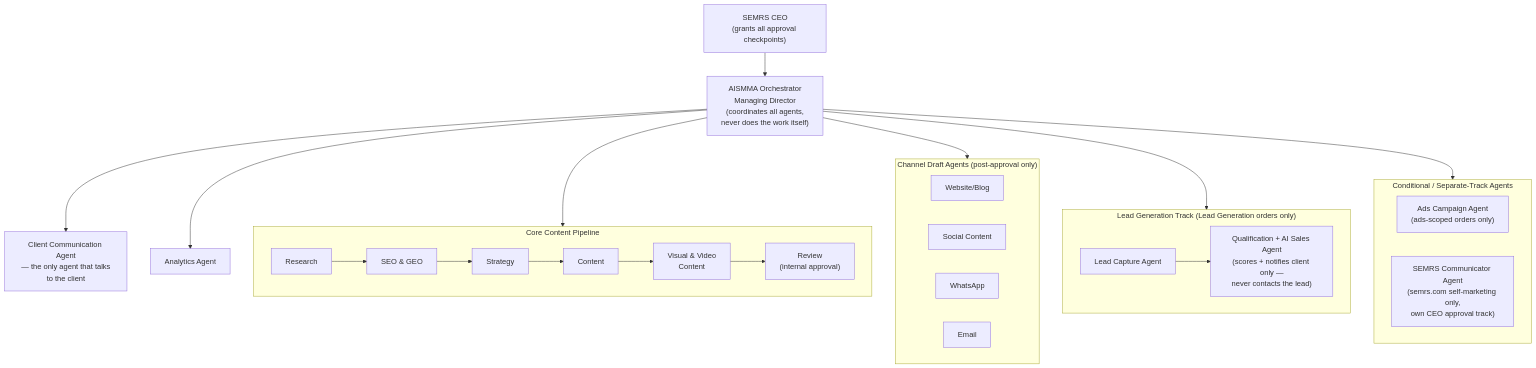
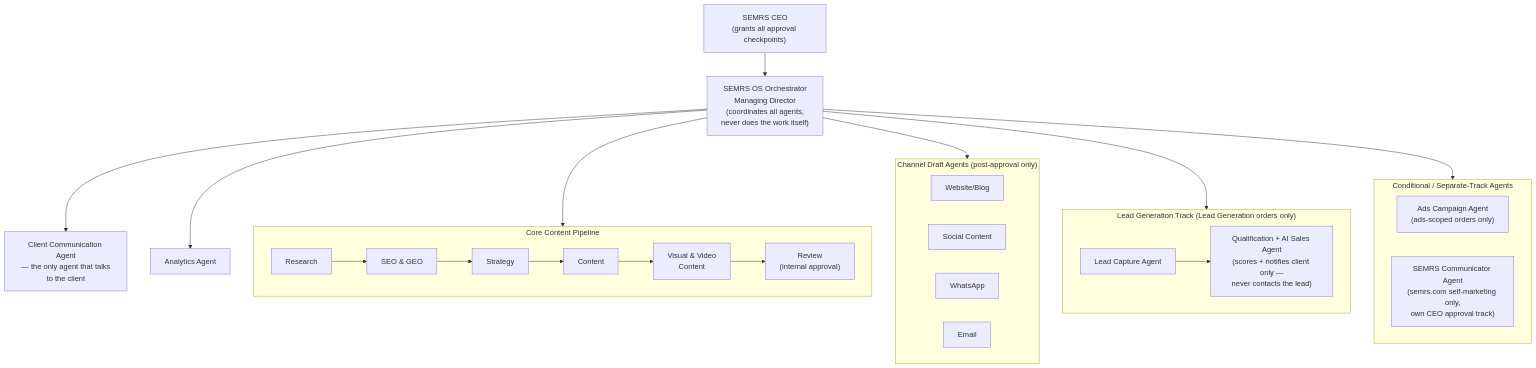
The first of 3 diagrams in CLAUDE.md (guestblogob-boop/SEMRS-MAM-System), drawn with Mermaid before and after one commit. The commit also changed other lines of this file and 5 other files, not shown here.

````diff
--- a/CLAUDE.md
+++ b/CLAUDE.md
@@ -984,38 +984,38 @@
 ```mermaid
 flowchart TD
     CEO["SEMRS CEO<br/>(grants all approval checkpoints)"]
-    ORCH["AISMMA Orchestrator<br/>Managing Director<br/>(coordinates all agents,<br/>never does the work itself)"]
+    ORCH["SEMRS OS Orchestrator<br/>Managing Director<br/>(coordinates all agents,<br/>never does the work itself)"]
     CEO --> ORCH
 
     ORCH --> CC["Client Communication Agent<br/>— the only agent that talks<br/>to the client"]
 
     subgraph PIPE["Core Content Pipeline"]
         direction LR
         RES["Research"] --> SEOG["SEO & GEO"] --> STRAT["Strategy"] --> CONT["Content"] --> VIS["Visual & Video<br/>Content"] --> REV["Review<br/>(internal approval)"]
     end
     ORCH --> PIPE
 
     subgraph DRAFT["Channel Draft Agents (post-approval only)"]
         direction LR
         WEB["Website/Blog"]
         SOC["Social Content"]
         WA["WhatsApp"]
         EM["Email"]
     end
     ORCH --> DRAFT
 
     ORCH --> AN["Analytics Agent"]
 
     subgraph LEADGEN["Lead Generation Track (Lead Generation orders only)"]
         direction LR
         LC["Lead Capture Agent"] --> QS["Qualification + AI Sales Agent<br/>(scores + notifies client only —<br/>never contacts the lead)"]
     end
     ORCH --> LEADGEN
 
     subgraph COND["Conditional / Separate-Track Agents"]
         direction LR
         ADS["Ads Campaign Agent<br/>(ads-scoped orders only)"]
         SC["SEMRS Communicator Agent<br/>(semrs.com self-marketing only,<br/>own CEO approval track)"]
     end
     ORCH --> COND
 ```
````
